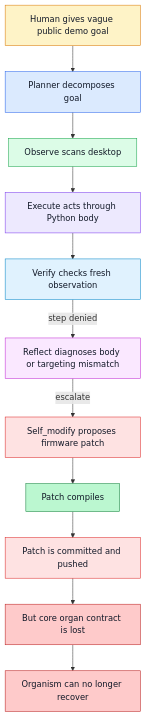
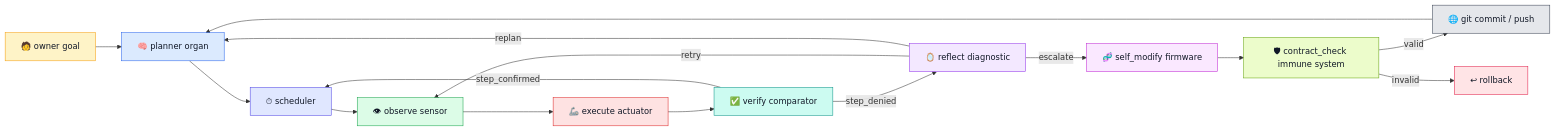
The first of 4 diagrams in README.md (wgabrys88/endgame-ai), drawn with Mermaid before and after one commit. The commit also changed other lines of this file, not shown here.

Commit message:
Notepad OK Immune System applied

````diff
--- a/README.md
+++ b/README.md
@@ -72,23 +62,29 @@
 ```mermaid
-flowchart TD
-    A[Human gives vague public demo goal]:::human --> B[Planner decomposes goal]:::brain
-    B --> C[Observe scans desktop]:::sense
-    C --> D[Execute acts through Python body]:::body
-    D --> E[Verify checks fresh observation]:::verify
-    E -->|step denied| F[Reflect diagnoses body or targeting mismatch]:::reflect
-    F -->|escalate| G[Self_modify proposes firmware patch]:::evolve
-    G --> H[Patch compiles]:::good
-    H --> I[Patch is committed and pushed]:::evolve
-    I --> J[But core organ contract is lost]:::bad
-    J --> K[Organism can no longer recover]:::bad
+flowchart LR
+    Human["🧑 owner goal"]:::human --> Planner["🧠 planner organ"]:::brain
+    Planner --> Scheduler["⏱ scheduler"]:::logic
+    Scheduler --> Observe["👁 observe sensor"]:::sensor
+    Observe --> Execute["🦾 execute actuator"]:::actuator
+    Execute --> Verify["✅ verify comparator"]:::verify
+    Verify -->|step_confirmed| Scheduler
+    Verify -->|step_denied| Reflect["🪞 reflect diagnostic"]:::reflect
+    Reflect -->|retry| Observe
+    Reflect -->|replan| Planner
+    Reflect -->|escalate| SelfModify["🧬 self_modify firmware"]:::firmware
+    SelfModify --> ContractCheck["🛡 contract_check immune system"]:::immune
+    ContractCheck -->|valid| Git["🌐 git commit / push"]:::git
+    ContractCheck -->|invalid| Rollback["↩ rollback"]:::danger
+    Git --> Planner
 
-    classDef human fill:#fef3c7,stroke:#d97706,color:#111827;
+    classDef human fill:#fef3c7,stroke:#f59e0b,color:#111827;
     classDef brain fill:#dbeafe,stroke:#2563eb,color:#111827;
-    classDef sense fill:#dcfce7,stroke:#16a34a,color:#111827;
-    classDef body fill:#ede9fe,stroke:#7c3aed,color:#111827;
-    classDef verify fill:#e0f2fe,stroke:#0284c7,color:#111827;
-    classDef reflect fill:#fae8ff,stroke:#c026d3,color:#111827;
-    classDef evolve fill:#fee2e2,stroke:#dc2626,color:#111827;
-    classDef good fill:#bbf7d0,stroke:#15803d,color:#111827;
-    classDef bad fill:#fecaca,stroke:#b91c1c,color:#111827;
+    classDef logic fill:#e0e7ff,stroke:#4f46e5,color:#111827;
+    classDef sensor fill:#dcfce7,stroke:#16a34a,color:#111827;
+    classDef actuator fill:#fee2e2,stroke:#dc2626,color:#111827;
+    classDef verify fill:#ccfbf1,stroke:#0d9488,color:#111827;
+    classDef reflect fill:#f3e8ff,stroke:#9333ea,color:#111827;
+    classDef firmware fill:#fae8ff,stroke:#c026d3,color:#111827;
+    classDef immune fill:#ecfccb,stroke:#65a30d,color:#111827;
+    classDef git fill:#e5e7eb,stroke:#374151,color:#111827;
+    classDef danger fill:#ffe4e6,stroke:#e11d48,color:#111827;
 ```
````
